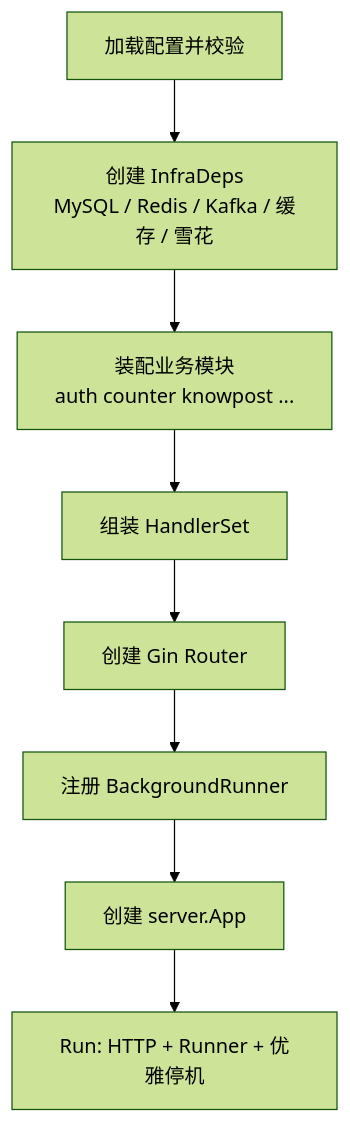
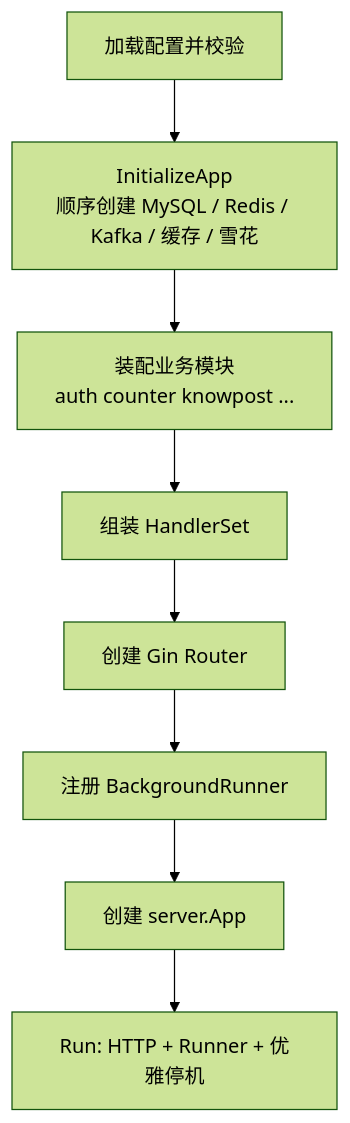
The first of 12 diagrams in docs/modules/01-启动装配与生命周期.md (bitladykiller/zhiguang_go), drawn with Mermaid (forest theme) before and after one commit. The commit also changed other lines of this file and 19 other files, not shown here.

````diff
--- a/docs/modules/01-启动装配与生命周期.md
+++ b/docs/modules/01-启动装配与生命周期.md
@@ -69,10 +69,10 @@
 ```mermaid
 flowchart TD
-    A[加载配置并校验] --> B[创建 InfraDeps<br/>MySQL / Redis / Kafka / 缓存 / 雪花]
+    A[加载配置并校验] --> B[InitializeApp<br/>顺序创建 MySQL / Redis / Kafka / 缓存 / 雪花]
     B --> C[装配业务模块<br/>auth counter knowpost ...]
     C --> D[组装 HandlerSet]
     D --> E[创建 Gin Router]
     E --> F[注册 BackgroundRunner]
     F --> G[创建 server.App]
     G --> H[Run: HTTP + Runner + 优雅停机]
 ```
````
